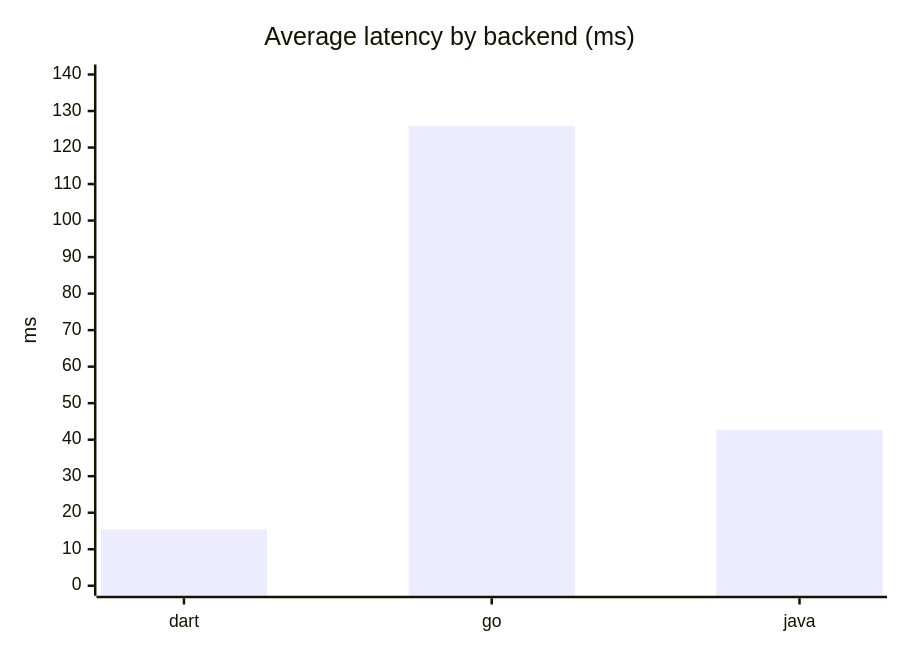
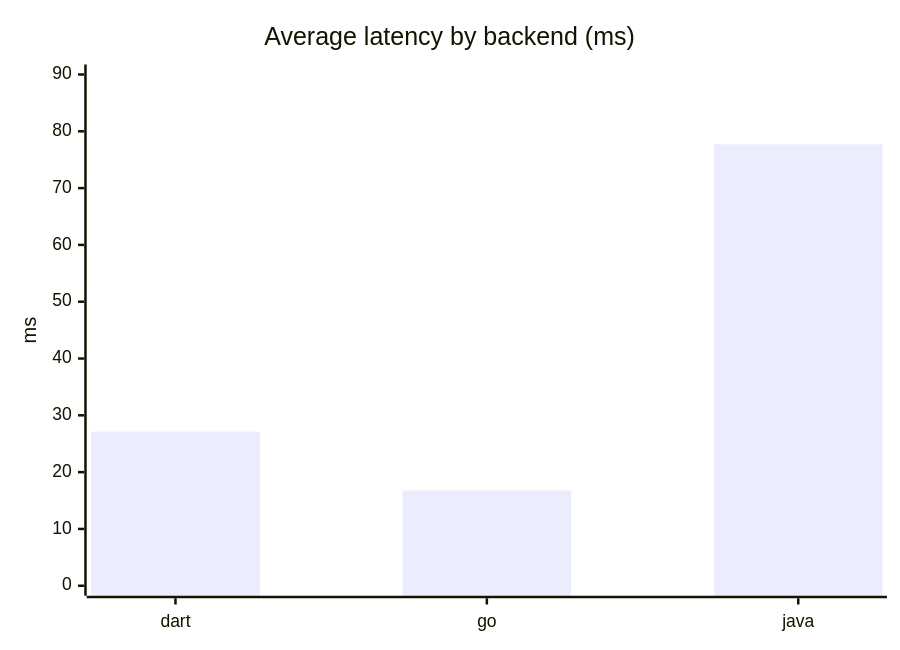
The first of 4 diagrams in reports/benchmark/benchmark_report_latest.md (OrlandoEduardo101/todo_multi_lang), drawn with Mermaid before and after one commit. The commit also changed other lines of this file and 5 other files, not shown here.

````diff
--- a/reports/benchmark/benchmark_report_latest.md
+++ b/reports/benchmark/benchmark_report_latest.md
@@ -17,7 +28,7 @@
 ```mermaid
 xychart-beta
   title "Average latency by backend (ms)"
   x-axis ["dart", "go", "java"]
-  y-axis "ms" 0 --> 140
-  bar [15.409, 125.842, 42.625]
+  y-axis "ms" 0 --> 90
+  bar [27.127, 16.768, 77.714]
 ```
````
